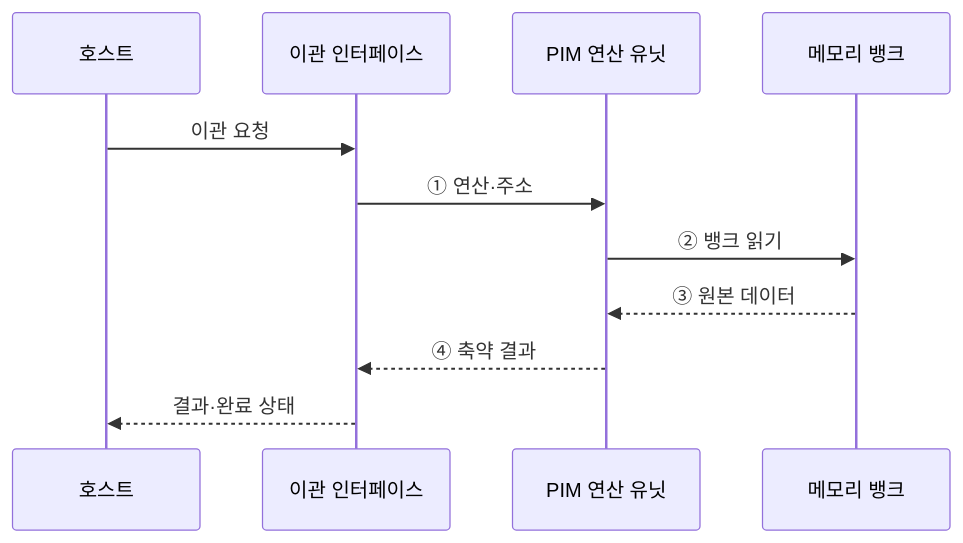
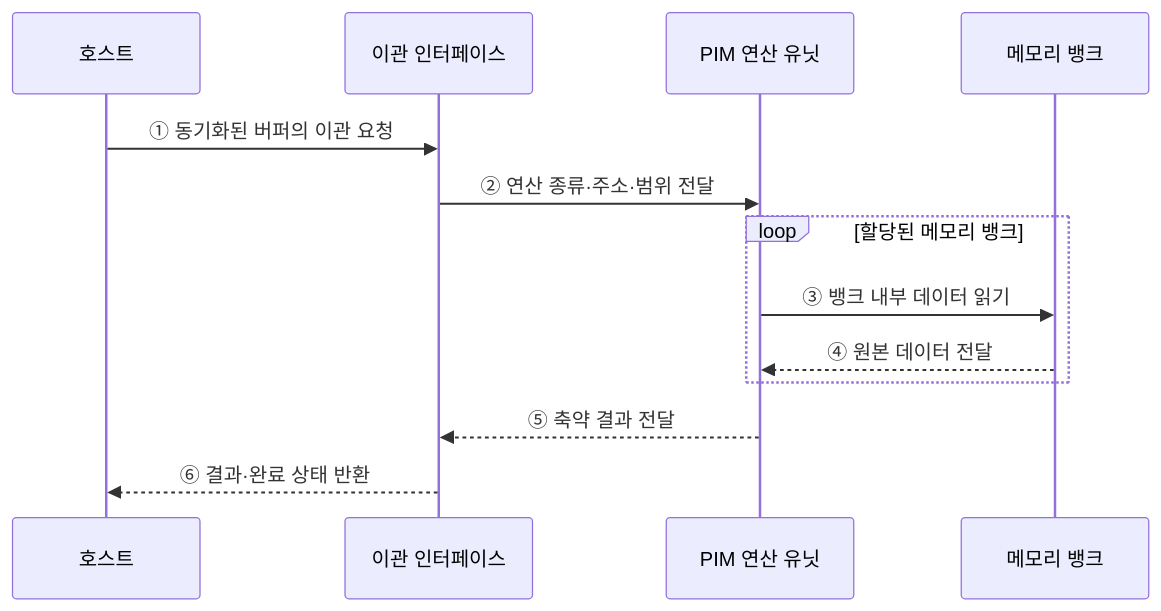
Before and after one commit to agnusdei1207/knowledge-base: the second of 2 diagrams in src/content/docs/notes/02-hardware/026_pim.md, drawn with Mermaid. The commit also changed other lines of this file and 20 other files, not shown here.

````diff
--- a/src/content/docs/notes/02-hardware/026_pim.md
+++ b/src/content/docs/notes/02-hardware/026_pim.md
@@ -84,13 +84,15 @@
 ```mermaid
 sequenceDiagram
     participant H as 호스트
     participant I as 이관 인터페이스
     participant U as PIM 연산 유닛
     participant B as 메모리 뱅크
-    H->>I: 이관 요청
-    I->>U: ① 연산·주소
-    U->>B: ② 뱅크 읽기
-    B-->>U: ③ 원본 데이터
-    U-->>I: ④ 축약 결과
-    I-->>H: 결과·완료 상태
+    H->>I: ① 동기화된 버퍼의 이관 요청
+    I->>U: ② 연산 종류·주소·범위 전달
+    loop 할당된 메모리 뱅크
+        U->>B: ③ 뱅크 내부 데이터 읽기
+        B-->>U: ④ 원본 데이터 전달
+    end
+    U-->>I: ⑤ 축약 결과 전달
+    I-->>H: ⑥ 결과·완료 상태 반환
 ```
````
